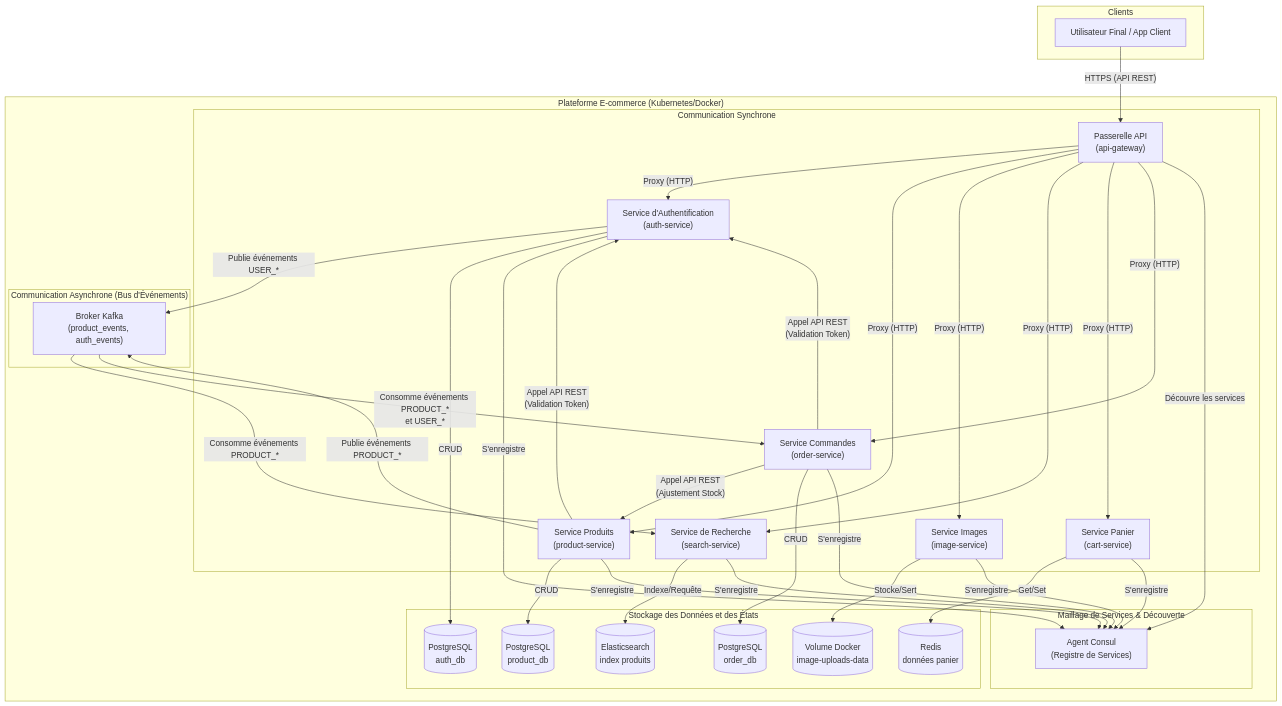
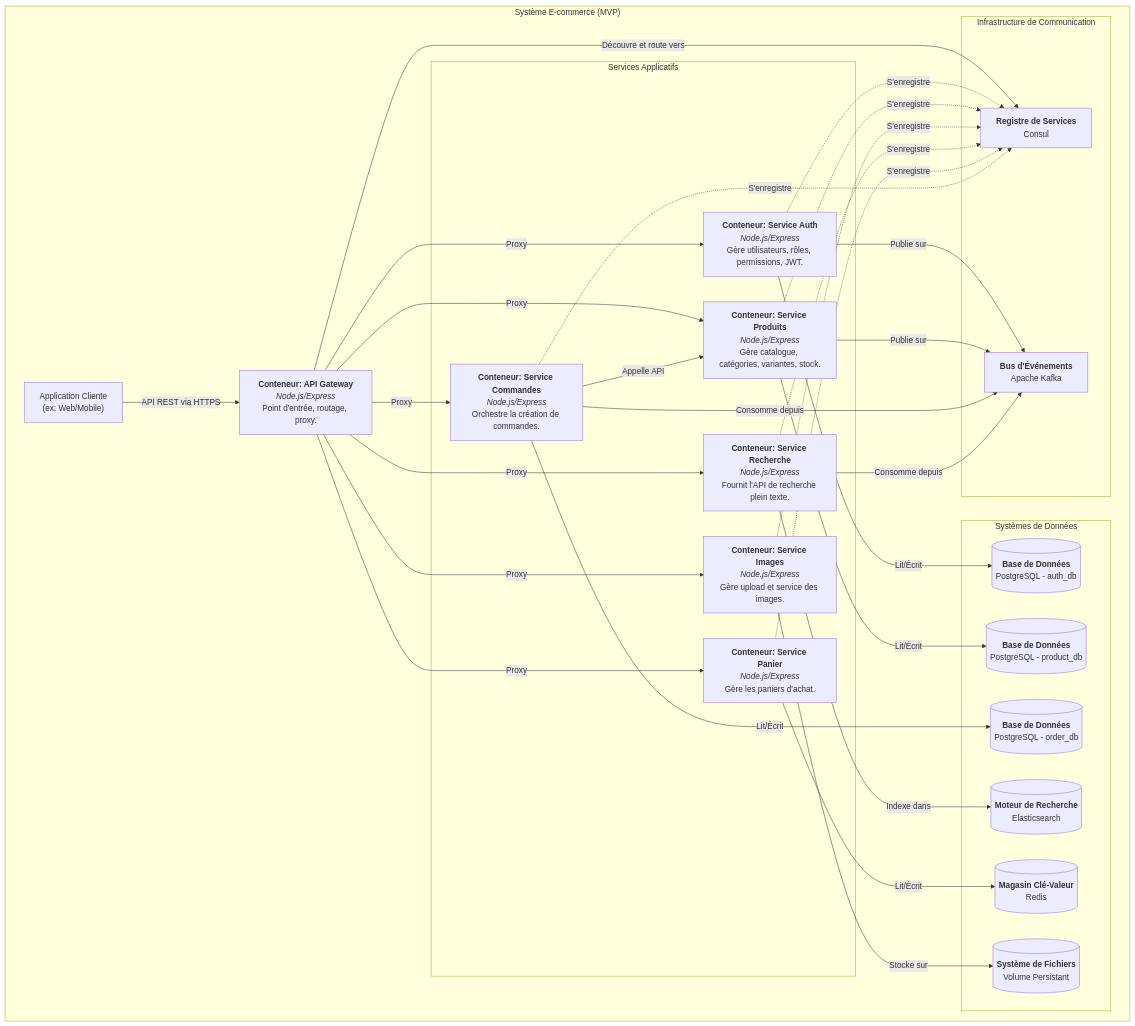
The first of 4 diagrams in MVP.md (HarcheSamir/esisba-lirmm-ecommerce), drawn with Mermaid before and after one commit. The commit also changed other lines of this file, not shown here.

````diff
--- a/MVP.md
+++ b/MVP.md
@@ -142,60 +147,57 @@
 ```mermaid
 graph TD
-    subgraph "Clients"
-        ClientApp["Utilisateur Final / App Client"]
-    end
+    subgraph "Système E-commerce (MVP)"
+        ClientApp["Application Cliente\n(ex: Web/Mobile)"] -- "API REST via HTTPS" --> APIGateway["<b>Conteneur: API Gateway</b><br><i>Node.js/Express</i><br>Point d'entrée, routage, proxy."]
 
-    subgraph "Plateforme E-commerce (Kubernetes/Docker)"
-        ClientApp -- "HTTPS (API REST)" --> APIGateway["Passerelle API<br>(api-gateway)"]
-
-        subgraph "Communication Synchrone"
-            APIGateway -- "Proxy (HTTP)" --> AuthService["Service d'Authentification<br>(auth-service)"]
-            APIGateway -- "Proxy (HTTP)" --> ProductService["Service Produits<br>(product-service)"]
-            APIGateway -- "Proxy (HTTP)" --> ImageService["Service Images<br>(image-service)"]
-            APIGateway -- "Proxy (HTTP)" --> SearchService["Service de Recherche<br>(search-service)"]
-            APIGateway -- "Proxy (HTTP)" --> CartService["Service Panier<br>(cart-service)"]
-            APIGateway -- "Proxy (HTTP)" --> OrderService["Service Commandes<br>(order-service)"]
-
-            OrderService -- "Appel API REST<br>(Ajustement Stock)" --> ProductService
-            ProductService -- "Appel API REST<br>(Validation Token)" --> AuthService
-            OrderService -- "Appel API REST<br>(Validation Token)" --> AuthService
+        subgraph "Services Applicatifs"
+            AuthService["<b>Conteneur: Service Auth</b><br><i>Node.js/Express</i><br>Gère utilisateurs, rôles, permissions, JWT."]
+            ProductService["<b>Conteneur: Service Produits</b><br><i>Node.js/Express</i><br>Gère catalogue, catégories, variantes, stock."]
+            ImageService["<b>Conteneur: Service Images</b><br><i>Node.js/Express</i><br>Gère upload et service des images."]
+            SearchService["<b>Conteneur: Service Recherche</b><br><i>Node.js/Express</i><br>Fournit l'API de recherche plein texte."]
+            CartService["<b>Conteneur: Service Panier</b><br><i>Node.js/Express</i><br>Gère les paniers d'achat."]
+            OrderService["<b>Conteneur: Service Commandes</b><br><i>Node.js/Express</i><br>Orchestre la création de commandes."]
         end
 
-        subgraph "Communication Asynchrone (Bus d'Événements)"
-            Kafka["Broker Kafka<br>(product_events, auth_events)"]
-            AuthService -- "Publie événements USER_*" --> Kafka
-            ProductService -- "Publie événements PRODUCT_*" --> Kafka
-
-            Kafka -- "Consomme événements PRODUCT_*" --> SearchService
-            Kafka -- "Consomme événements PRODUCT_*<br>et USER_*" --> OrderService
+        subgraph "Systèmes de Données"
+            AuthDB[("<b>Base de Données</b><br>PostgreSQL - auth_db")]
+            ProductDB[("<b>Base de Données</b><br>PostgreSQL - product_db")]
+            OrderDB[("<b>Base de Données</b><br>PostgreSQL - order_db")]
+            SearchIndex[("<b>Moteur de Recherche</b><br>Elasticsearch")]
+            CartStore[("<b>Magasin Clé-Valeur</b><br>Redis")]
+            ImageStore[("<b>Système de Fichiers</b><br>Volume Persistant")]
         end
 
-        subgraph "Stockage des Données et des États"
-            AuthDB[("PostgreSQL<br>auth_db")]
-            ProductDB[("PostgreSQL<br>product_db")]
-            OrderDB[("PostgreSQL<br>order_db")]
-            Elasticsearch[("Elasticsearch<br>index produits")]
-            Redis[("Redis<br>données panier")]
-            ImageVolume[("Volume Docker<br>image-uploads-data")]
-        end
-
-        subgraph "Maillage de Services & Découverte"
-            Consul["Agent Consul<br>(Registre de Services)"]
+        subgraph "Infrastructure de Communication"
+            ServiceRegistry["<b>Registre de Services</b><br>Consul"]
+            EventBus["<b>Bus d'Événements</b><br>Apache Kafka"]
         end
     end
 
-    AuthService -- "CRUD" --> AuthDB
-    ProductService -- "CRUD" --> ProductDB
-    OrderService -- "CRUD" --> OrderDB
-    ImageService -- "Stocke/Sert" --> ImageVolume
-    SearchService -- "Indexe/Requête" --> Elasticsearch
-    CartService -- "Get/Set" --> Redis
+    APIGateway -- "Découvre et route vers" --> ServiceRegistry
+    APIGateway -- "Proxy" --> AuthService
+    APIGateway -- "Proxy" --> ProductService
+    APIGateway -- "Proxy" --> ImageService
+    APIGateway -- "Proxy" --> SearchService
+    APIGateway -- "Proxy" --> CartService
+    APIGateway -- "Proxy" --> OrderService
 
-    APIGateway -- "Découvre les services" --> Consul
-    AuthService -- "S'enregistre" --> Consul
-    ProductService -- "S'enregistre" --> Consul
-    ImageService -- "S'enregistre" --> Consul
-    SearchService -- "S'enregistre" --> Consul
-    CartService -- "S'enregistre" --> Consul
-    OrderService -- "S'enregistre" --> Consul
+    AuthService -- "Lit/Écrit" --> AuthDB
+    AuthService -- "Publie sur" --> EventBus
+    ProductService -- "Lit/Écrit" --> ProductDB
+    ProductService -- "Publie sur" --> EventBus
+    OrderService -- "Lit/Écrit" --> OrderDB
+    OrderService -- "Consomme depuis" --> EventBus
+    SearchService -- "Consomme depuis" --> EventBus
+    SearchService -- "Indexe dans" --> SearchIndex
+    CartService -- "Lit/Écrit" --> CartStore
+    ImageService -- "Stocke sur" --> ImageStore
+
+    OrderService -- "Appelle API" --> ProductService
+
+    AuthService -. "S'enregistre" .-> ServiceRegistry
+    ProductService -. "S'enregistre" .-> ServiceRegistry
+    ImageService -. "S'enregistre" .-> ServiceRegistry
+    SearchService -. "S'enregistre" .-> ServiceRegistry
+    CartService -. "S'enregistre" .-> ServiceRegistry
+    OrderService -. "S'enregistre" .-> ServiceRegistry
 ```
````
